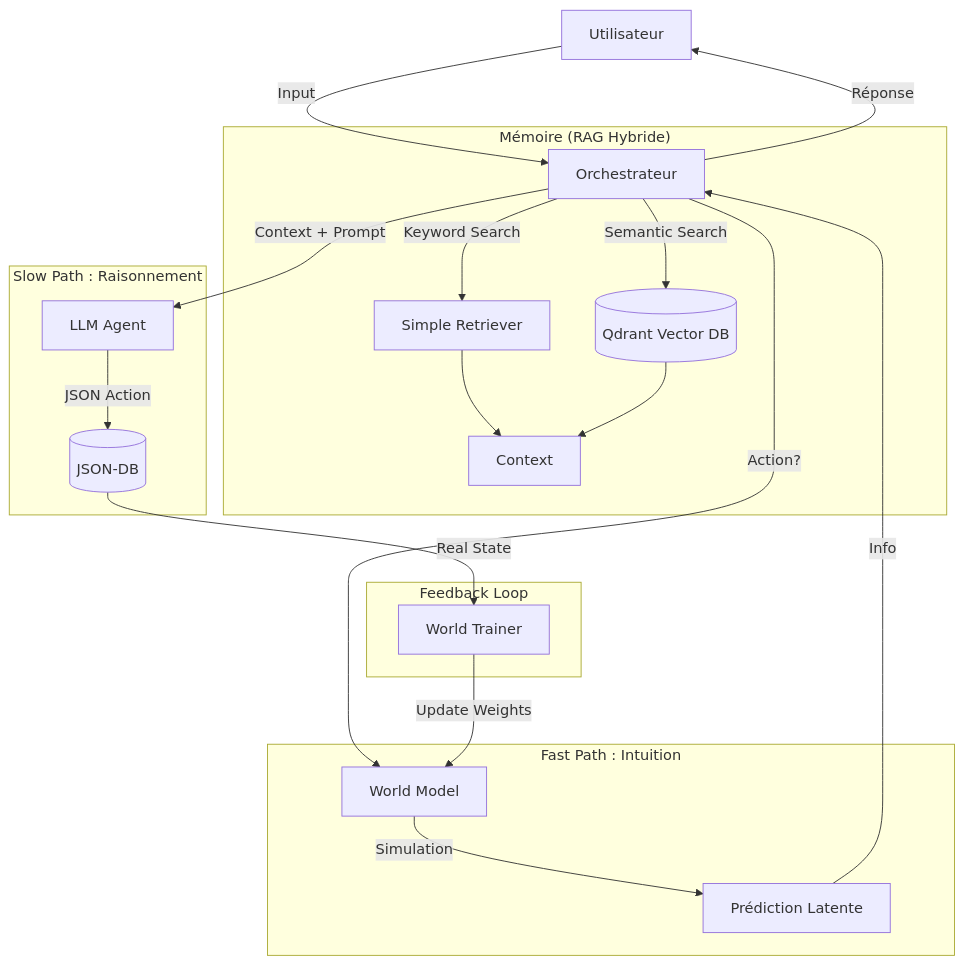
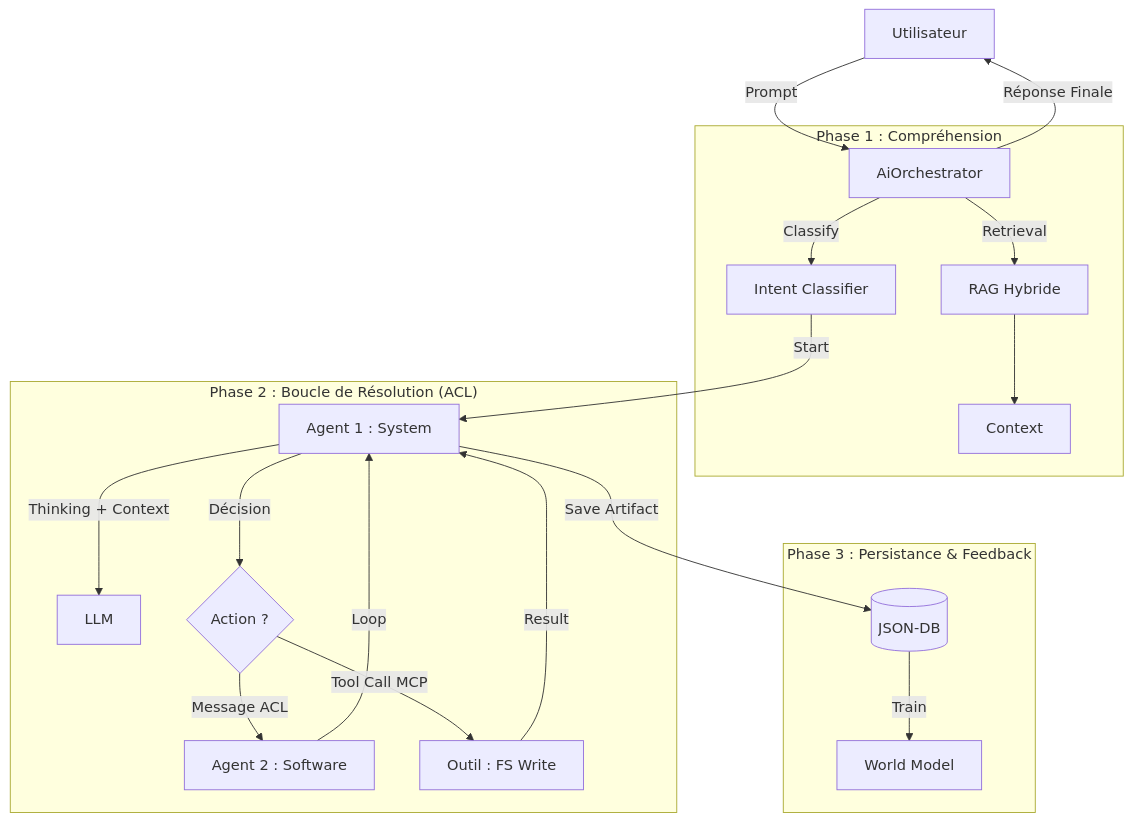
The diagram in src-tauri/src/ai/README.md (Condorcet-Continuum/raise), drawn with Mermaid before and after one commit. The commit also changed other lines of this file and 42 other files, not shown here.

First line of the commit message:
feat(ai): finalize V2 architecture with unified Orchestrator, ACL & MCP protocols

````diff
--- a/src-tauri/src/ai/README.md
+++ b/src-tauri/src/ai/README.md
@@ -59,29 +61,31 @@
 ```mermaid
 graph TD
-    User[Utilisateur] -->|Input| Orch[Orchestrateur]
+    User[Utilisateur] -->|Prompt| Orch[AiOrchestrator]
 
-    subgraph "Mémoire (RAG Hybride)"
-        Orch -->|Keyword Search| SR[Simple Retriever]
-        Orch -->|Semantic Search| Qdrant[(Qdrant Vector DB)]
-        SR & Qdrant --> Context
+    subgraph "Phase 1 : Compréhension"
+        Orch -->|Retrieval| RAG[RAG Hybride]
+        RAG --> Context
+        Orch -->|Classify| Intent[Intent Classifier]
     end
 
-    subgraph "Fast Path : Intuition"
-        Orch -->|Action?| WM[World Model]
-        WM -->|Simulation| Pred[Prédiction Latente]
-        Pred -->|Info| Orch
+    subgraph "Phase 2 : Boucle de Résolution (ACL)"
+        Intent -->|Start| AgentA["Agent 1 : System"]
+        AgentA -->|Thinking + Context| LLM
+
+        AgentA -->|Décision| Action{Action ?}
+
+        Action -->|Message ACL| AgentB["Agent 2 : Software"]
+        AgentB -->|Loop| AgentA
+
+        Action -->|Tool Call MCP| Tool["Outil : FS Write"]
+        Tool -->|Result| AgentA
     end
 
-    subgraph "Slow Path : Raisonnement"
-        Orch -->|Context + Prompt| LLM[LLM Agent]
-        LLM -->|JSON Action| DB[(JSON-DB)]
+    subgraph "Phase 3 : Persistance & Feedback"
+        AgentA -->|Save Artifact| DB[(JSON-DB)]
+        DB -->|Train| WM[World Model]
     end
 
-    subgraph "Feedback Loop"
-        DB -->|Real State| Trainer[World Trainer]
-        Trainer -->|Update Weights| WM
-    end
-
-    Orch -->|Réponse| User
+    Orch -->|Réponse Finale| User
 
 ```
````
